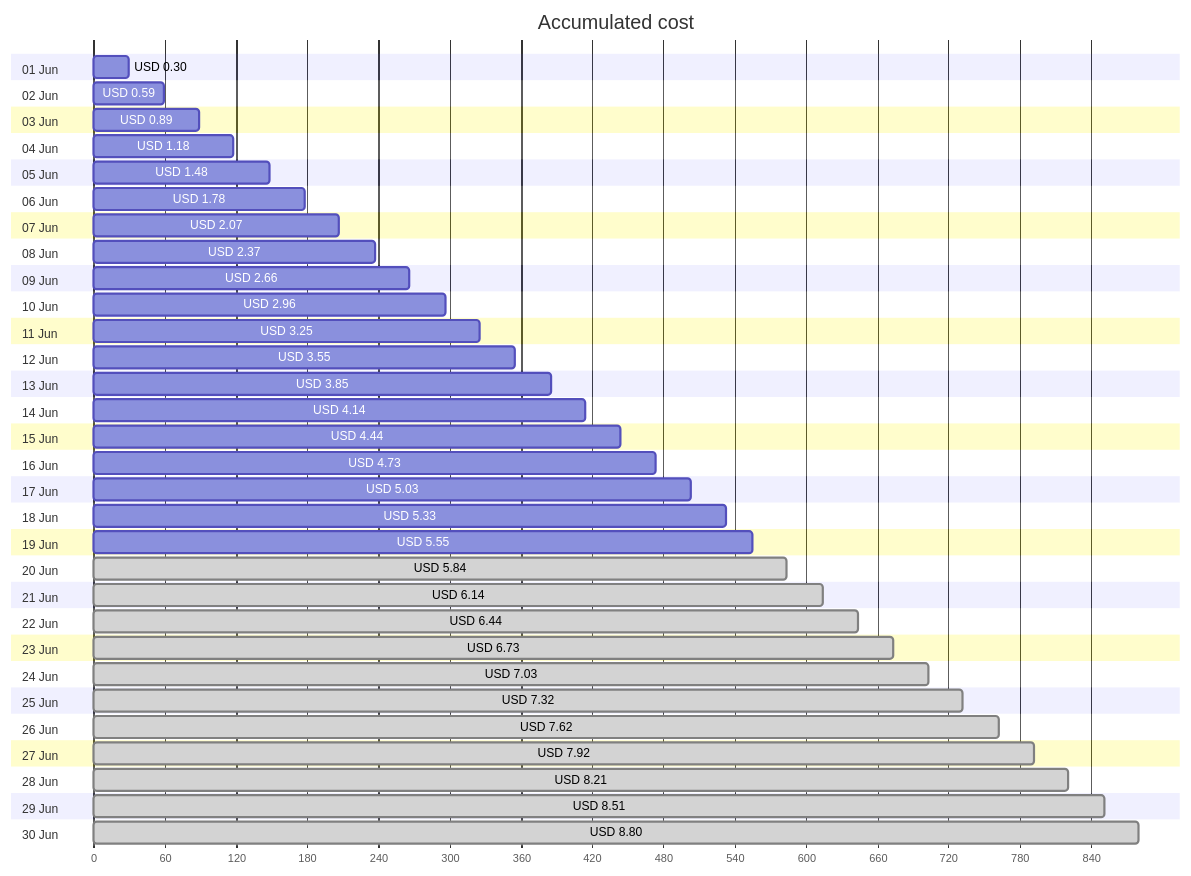
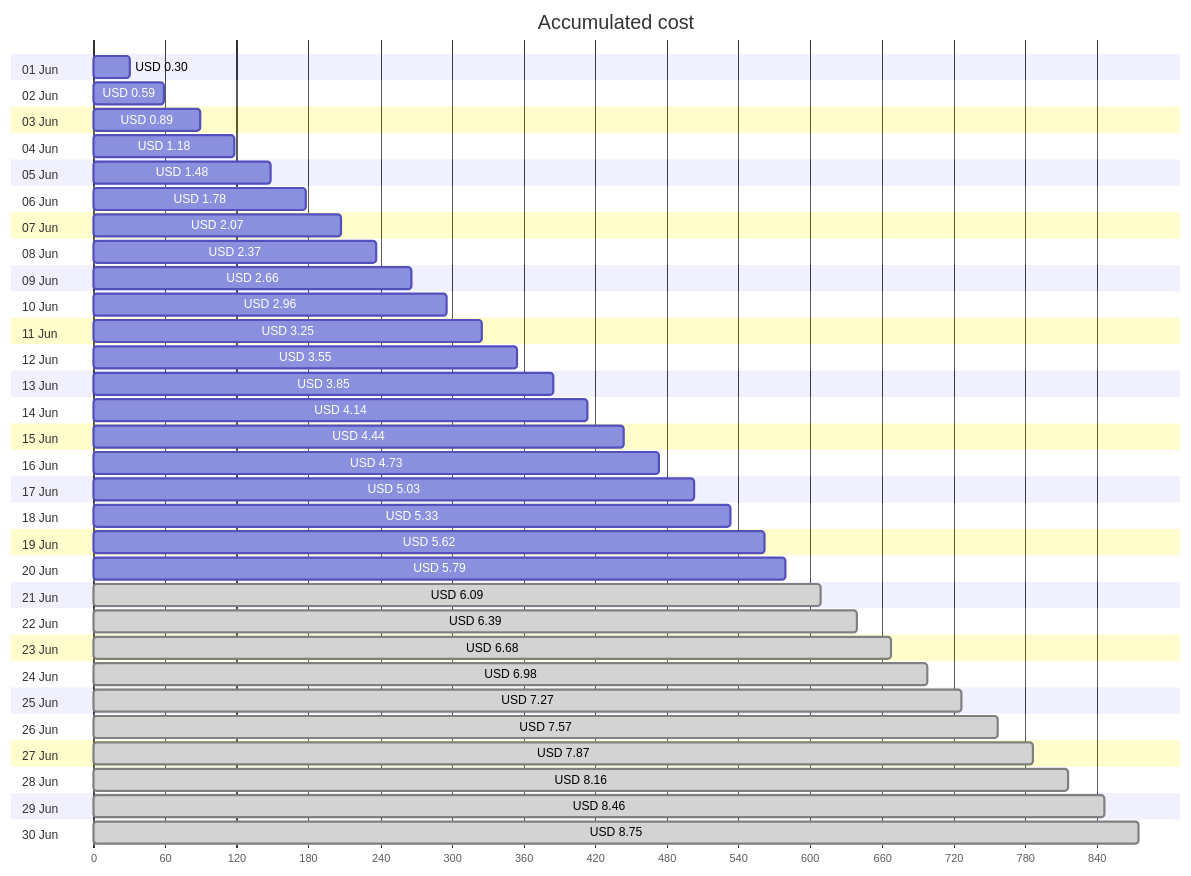
One commit to jpfulton/azure-personal-reports changed the first of 4 diagrams in cost-reports/personal-site/personal-site-preview.md. Above: the diagram before and after it, drawn with Mermaid. The commit also changed other lines of this file and 6 other files, not shown here.

````diff
--- a/cost-reports/personal-site/personal-site-preview.md
+++ b/cost-reports/personal-site/personal-site-preview.md
@@ -20,66 +20,66 @@
 ```mermaid
 gantt
    title Accumulated cost
    dateFormat  X
    axisFormat %s
    section 01 Jun
    USD 0.30 :0, 30
    section 02 Jun
    USD 0.59 :0, 59
    section 03 Jun
    USD 0.89 :0, 89
    section 04 Jun
    USD 1.18 :0, 118
    section 05 Jun
    USD 1.48 :0, 148
    section 06 Jun
    USD 1.78 :0, 178
    section 07 Jun
    USD 2.07 :0, 207
    section 08 Jun
    USD 2.37 :0, 237
    section 09 Jun
    USD 2.66 :0, 266
    section 10 Jun
    USD 2.96 :0, 296
    section 11 Jun
    USD 3.25 :0, 325
    section 12 Jun
    USD 3.55 :0, 355
    section 13 Jun
    USD 3.85 :0, 385
    section 14 Jun
    USD 4.14 :0, 414
    section 15 Jun
    USD 4.44 :0, 444
    section 16 Jun
    USD 4.73 :0, 473
    section 17 Jun
    USD 5.03 :0, 503
    section 18 Jun
    USD 5.33 :0, 533
    section 19 Jun
-   USD 5.55 :0, 555
+   USD 5.62 :0, 562
    section 20 Jun
-   USD 5.84 : done, 0, 584
+   USD 5.79 :0, 579
    section 21 Jun
-   USD 6.14 : done, 0, 614
+   USD 6.09 : done, 0, 609
    section 22 Jun
-   USD 6.44 : done, 0, 644
+   USD 6.39 : done, 0, 639
    section 23 Jun
-   USD 6.73 : done, 0, 673
+   USD 6.68 : done, 0, 668
    section 24 Jun
-   USD 7.03 : done, 0, 703
+   USD 6.98 : done, 0, 698
    section 25 Jun
-   USD 7.32 : done, 0, 732
+   USD 7.27 : done, 0, 727
    section 26 Jun
-   USD 7.62 : done, 0, 762
+   USD 7.57 : done, 0, 757
    section 27 Jun
-   USD 7.92 : done, 0, 792
+   USD 7.87 : done, 0, 787
    section 28 Jun
-   USD 8.21 : done, 0, 821
+   USD 8.16 : done, 0, 816
    section 29 Jun
-   USD 8.51 : done, 0, 851
+   USD 8.46 : done, 0, 846
    section 30 Jun
-   USD 8.80 : done, 0, 880
+   USD 8.75 : done, 0, 875
 ```
````
